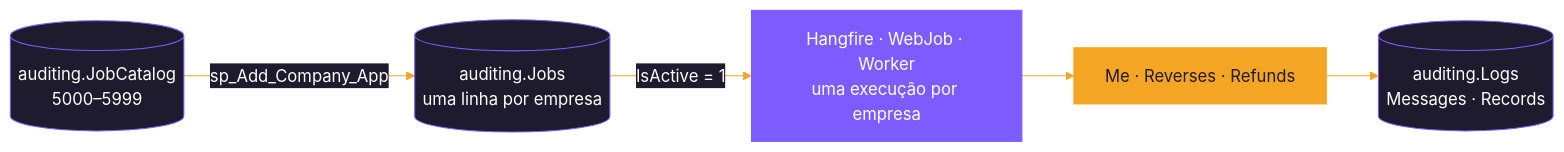
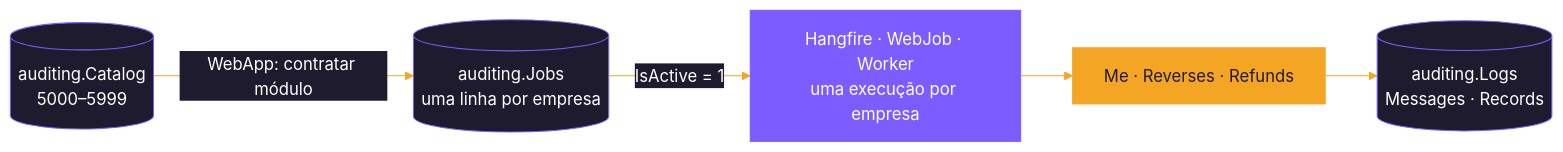
Before and after one commit to cayo-kume/extract-transform-load-integrations-system: the sixth of 6 diagrams in src/Backend/Modules/General/AfterSale/README.md, drawn with Mermaid. The commit also changed other lines of this file and 121 other files, not shown here.

First line of the commit message:
WebApp: login em monitor.Users, cadastro de holdings, empresas e usuários e Aplicações com o catálogo

````diff
--- a/src/Backend/Modules/General/AfterSale/README.md
+++ b/src/Backend/Modules/General/AfterSale/README.md
@@ -468,13 +470,13 @@
 ```mermaid
 %%{init: {'theme':'base','themeVariables':{'primaryColor':'#1e1b2e','primaryTextColor':'#ffffff','primaryBorderColor':'#7c5cff','lineColor':'#f5a524','textColor':'#1e1b2e','clusterBkg':'#f5f3ff','clusterBorder':'#7c5cff','titleColor':'#1e1b2e','edgeLabelBackground':'#1e1b2e'}}}%%
 flowchart LR
-    CAT[("auditing.JobCatalog<br/>5000–5999")] -- "sp_Add_Company_App" --> JOBS[("auditing.Jobs<br/>uma linha por empresa")]
+    CAT[("auditing.Catalog<br/>5000–5999")] -- "WebApp: contratar módulo" --> JOBS[("auditing.Jobs<br/>uma linha por empresa")]
     JOBS -- "IsActive = 1" --> HOST["Hangfire · WebJob · Worker<br/>uma execução por empresa"]
     HOST --> SVC["Me · Reverses · Refunds"]
     SVC --> LOGS[("auditing.Logs<br/>Messages · Records")]
 
     classDef accent fill:#7c5cff,stroke:#7c5cff,color:#ffffff
     classDef warm fill:#f5a524,stroke:#f5a524,color:#1e1b2e
     class HOST accent
     class SVC warm
 ```
````
